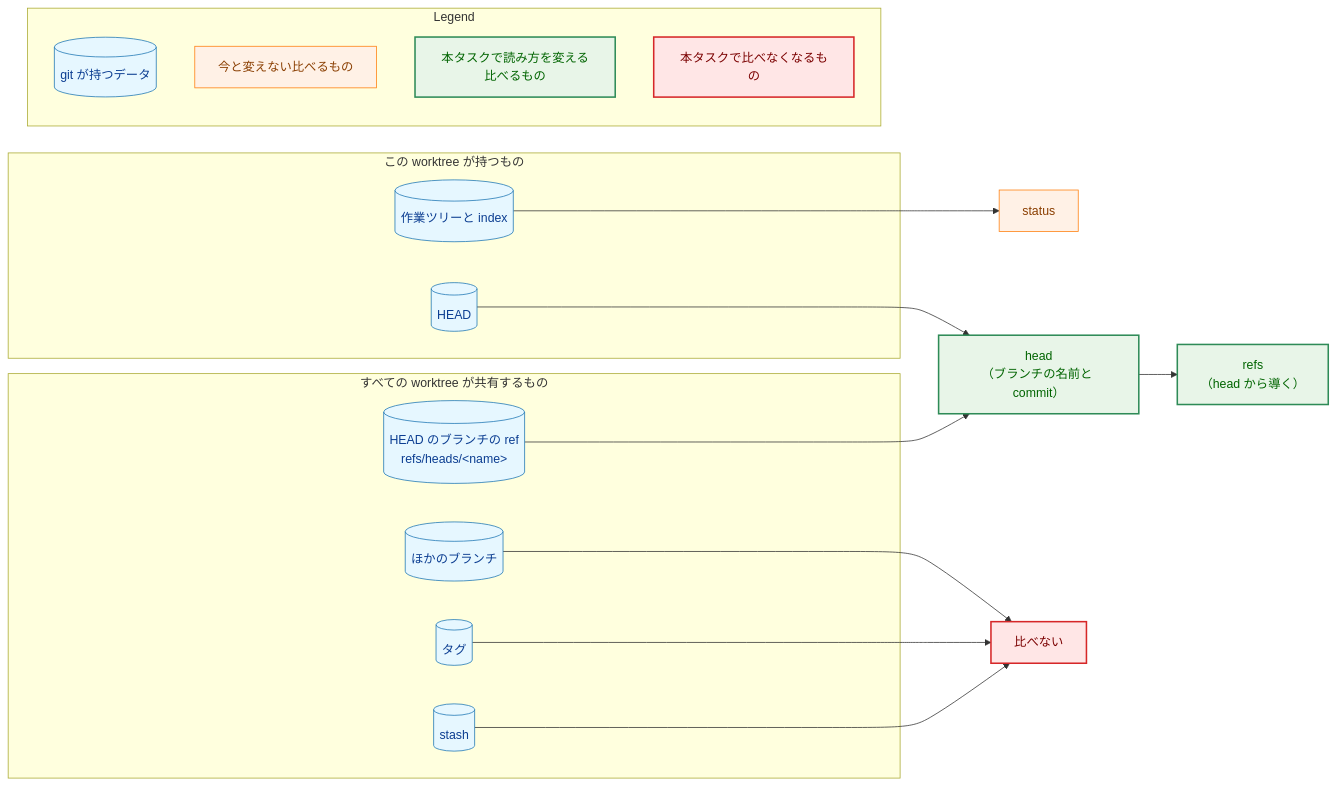
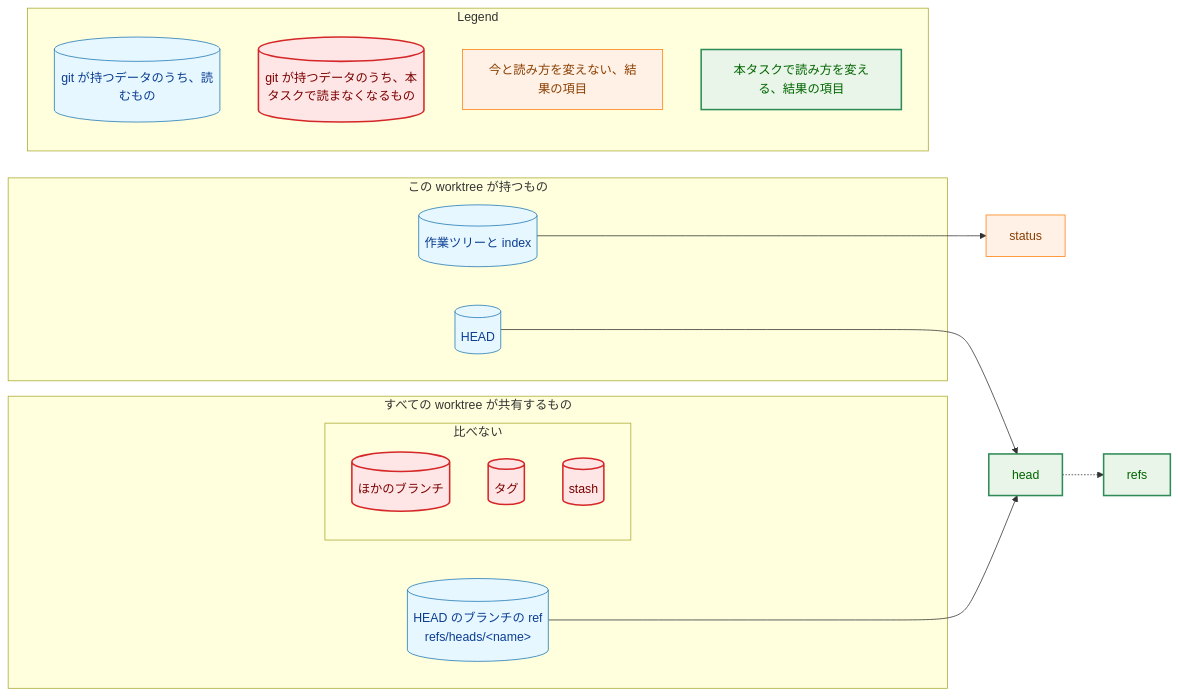
The first of 4 diagrams in docs/tasks/0079_codexreview_state_scope/02_architecture.md (isseis/yt2column), drawn with Mermaid before and after one commit. The commit also changed other lines of this file, not shown here.

First line of the commit message:
docs(0079): address design review and prose findings in the architecture

````diff
--- a/docs/tasks/0079_codexreview_state_scope/02_architecture.md
+++ b/docs/tasks/0079_codexreview_state_scope/02_architecture.md
@@ -51,47 +55,45 @@
 ```mermaid
 flowchart LR
     classDef data fill:#e6f7ff,stroke:#1f77b4,stroke-width:1px,color:#0b3d91;
     classDef process fill:#fff1e6,stroke:#ff7f0e,stroke-width:1px,color:#8a3e00;
     classDef enhanced fill:#e8f5e8,stroke:#2e8b57,stroke-width:2px,color:#006400;
     classDef problem fill:#ffe6e6,stroke:#d62728,stroke-width:2px,color:#7b0000;
 
     subgraph WT["この worktree が持つもの"]
         TREE[("作業ツリーと index")]
         HEADREF[("HEAD")]
     end
     subgraph SHARED["すべての worktree が共有するもの"]
         BRANCH[("HEAD のブランチの ref<br>refs/heads/&lt;name&gt;")]
-        OTHER[("ほかのブランチ")]
-        TAGS[("タグ")]
-        STASH[("stash")]
+        subgraph NOTCMP["比べない"]
+            OTHER[("ほかのブランチ")]
+            TAGS[("タグ")]
+            STASH[("stash")]
+        end
     end
 
     STATUS["status"]
-    HEAD["head<br>（ブランチの名前と commit）"]
-    REFS["refs<br>（head から導く）"]
-    GONE["比べない"]
+    HEAD["head"]
+    REFS["refs"]
 
     TREE --> STATUS
     HEADREF --> HEAD
     BRANCH --> HEAD
-    HEAD --> REFS
-    OTHER --> GONE
-    TAGS --> GONE
-    STASH --> GONE
+    HEAD -.-> REFS
 
-    class TREE,HEADREF,BRANCH,OTHER,TAGS,STASH data
+    class TREE,HEADREF,BRANCH data
+    class OTHER,TAGS,STASH problem
     class STATUS process
     class HEAD,REFS enhanced
-    class GONE problem
 
     subgraph Legend["Legend"]
-        L1[("git が持つデータ")]
-        L2["今と変えない比べるもの"]
-        L3["本タスクで読み方を変える比べるもの"]
-        L4["本タスクで比べなくなるもの"]
+        L1[("git が持つデータのうち、読むもの")]
+        L2[("git が持つデータのうち、本タスクで読まなくなるもの")]
+        L3["今と読み方を変えない、結果の項目"]
+        L4["本タスクで読み方を変える、結果の項目"]
     end
     class L1 data
-    class L2 process
-    class L3 enhanced
-    class L4 problem
+    class L2 problem
+    class L3 process
+    class L4 enhanced
 ```
````
